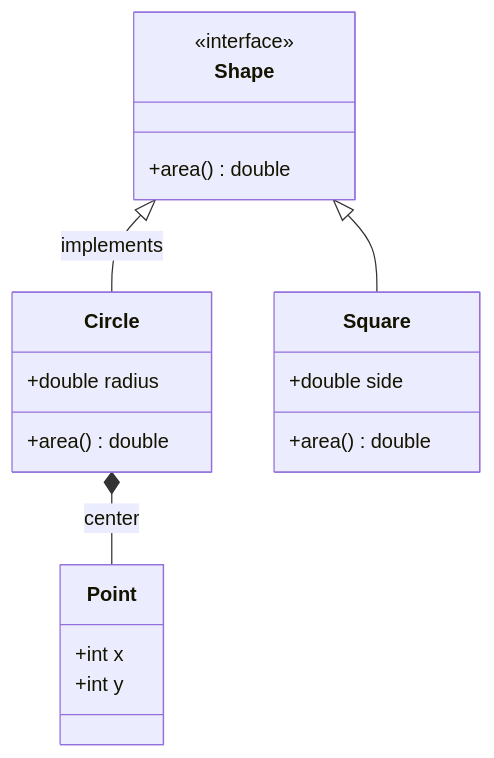
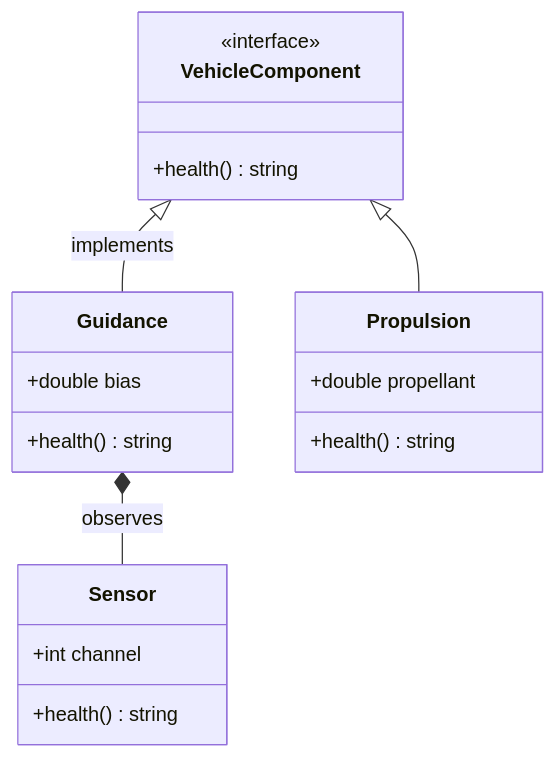
Before and after one commit to Desiment/opentui-markdown-render: the tenth of 10 diagrams in examples/all.md, drawn with Mermaid. The commit also changed other lines of this file and 36 other files, not shown here.

````diff
--- a/examples/all.md
+++ b/examples/all.md
@@ -164,23 +171,23 @@
 ```mermaid
 classDiagram
   direction TB
-  class Shape {
+  class VehicleComponent {
     <<interface>>
-    +area() double
+    +health() string
   }
-  class Circle {
-    +double radius
-    +area() double
+  class Guidance {
+    +double bias
+    +health() string
   }
-  class Square {
-    +double side
-    +area() double
+  class Propulsion {
+    +double propellant
+    +health() string
   }
-  class Point {
-    +int x
-    +int y
+  class Sensor {
+    +int channel
+    +health() string
   }
-  Shape <|-- Circle : implements
-  Shape <|-- Square
-  Circle *-- Point : center
+  VehicleComponent <|-- Guidance : implements
+  VehicleComponent <|-- Propulsion
+  Guidance *-- Sensor : observes
 ```
````
